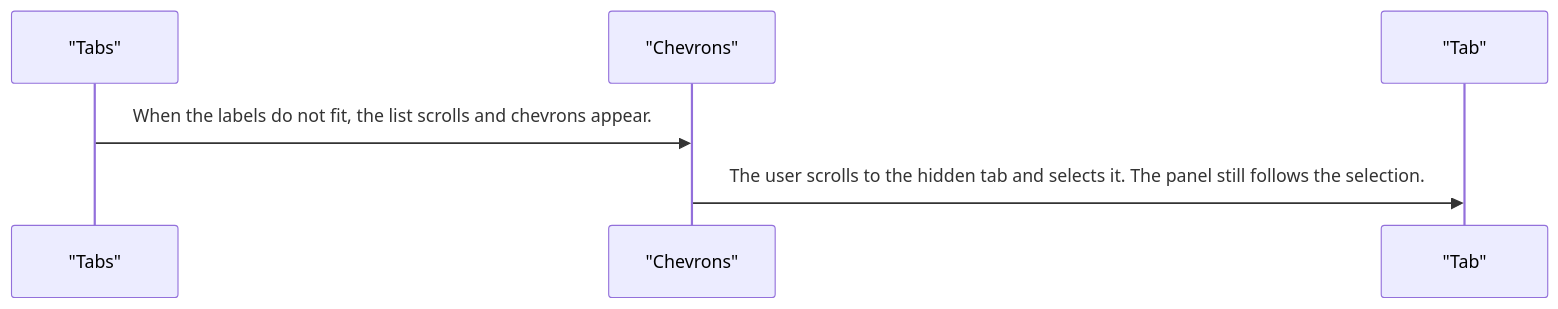
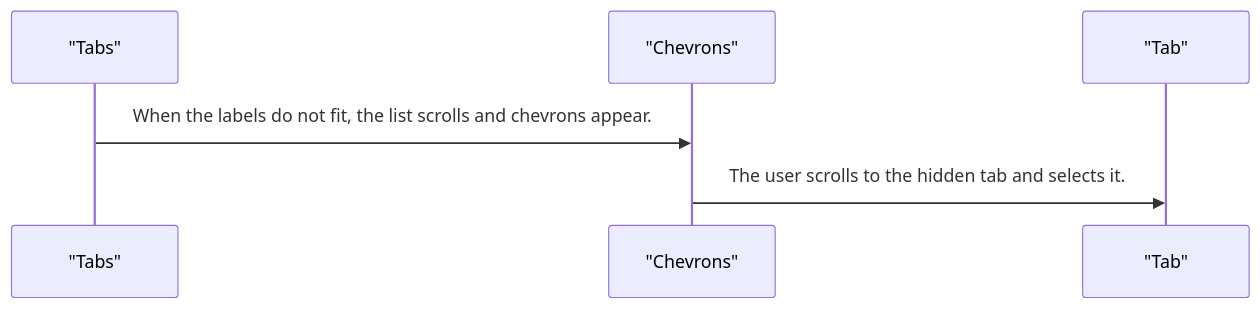
The fourth of 5 diagrams in projects/pixel-ui/src/lib/pixel-tabs/DESIGN.md (RajshekharBorate/pixel-ui), drawn with Mermaid before and after one commit. The commit also changed other lines of this file and 80 other files, not shown here.

Commit message:
Fill missing design flows and correct the stories that did not match component behavior.

````diff
--- a/projects/pixel-ui/src/lib/pixel-tabs/DESIGN.md
+++ b/projects/pixel-ui/src/lib/pixel-tabs/DESIGN.md
@@ -85,8 +85,8 @@
 ```mermaid
 sequenceDiagram
   participant tabs as "Tabs"
   participant more as "Chevrons"
   participant tab as "Tab"
   tabs->>more: When the labels do not fit, the list scrolls and chevrons appear.
-  more->>tab: The user scrolls to the hidden tab and selects it. The panel still follows the selection.
+  more->>tab: The user scrolls to the hidden tab and selects it.
 ```
````
